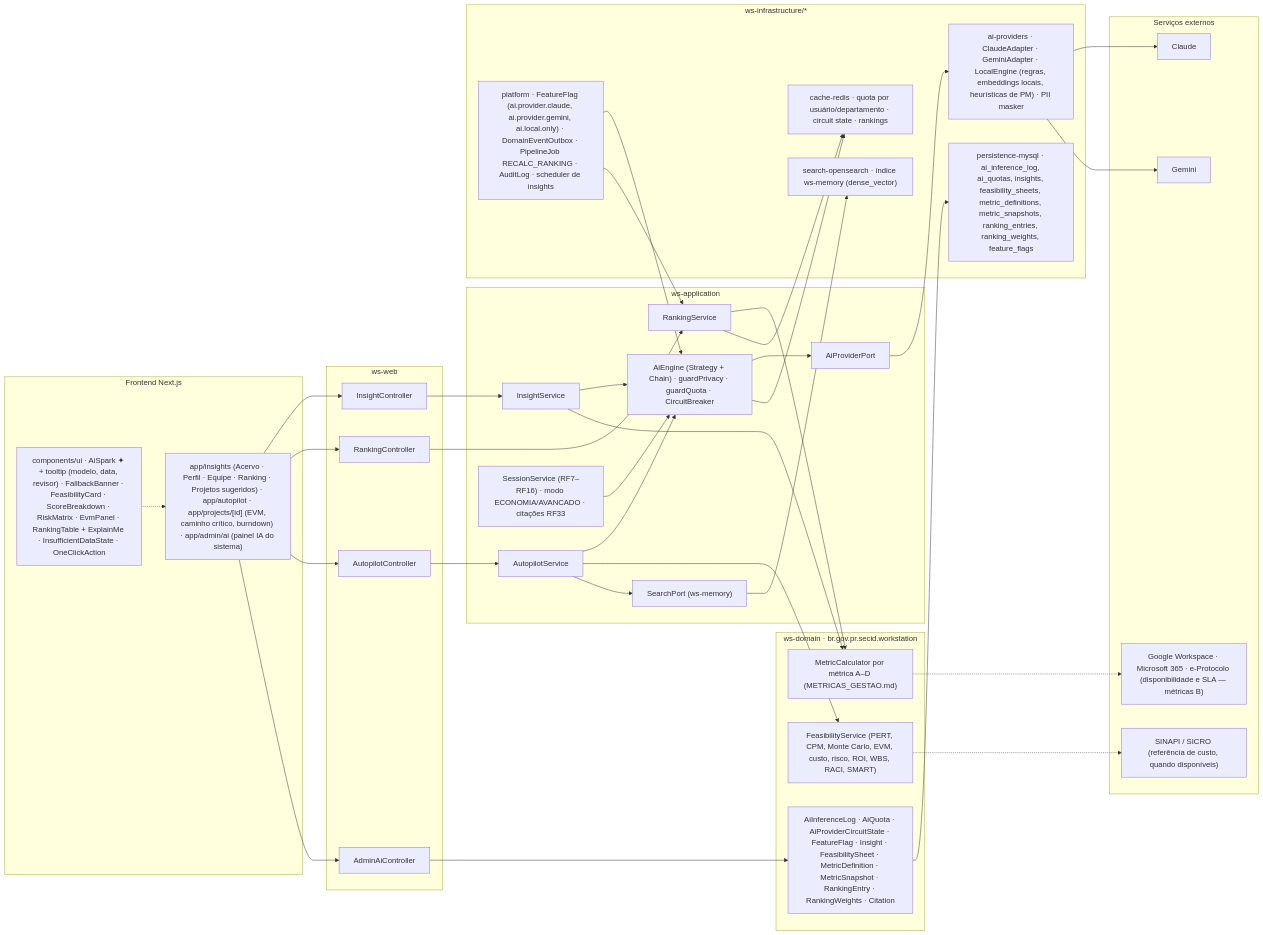
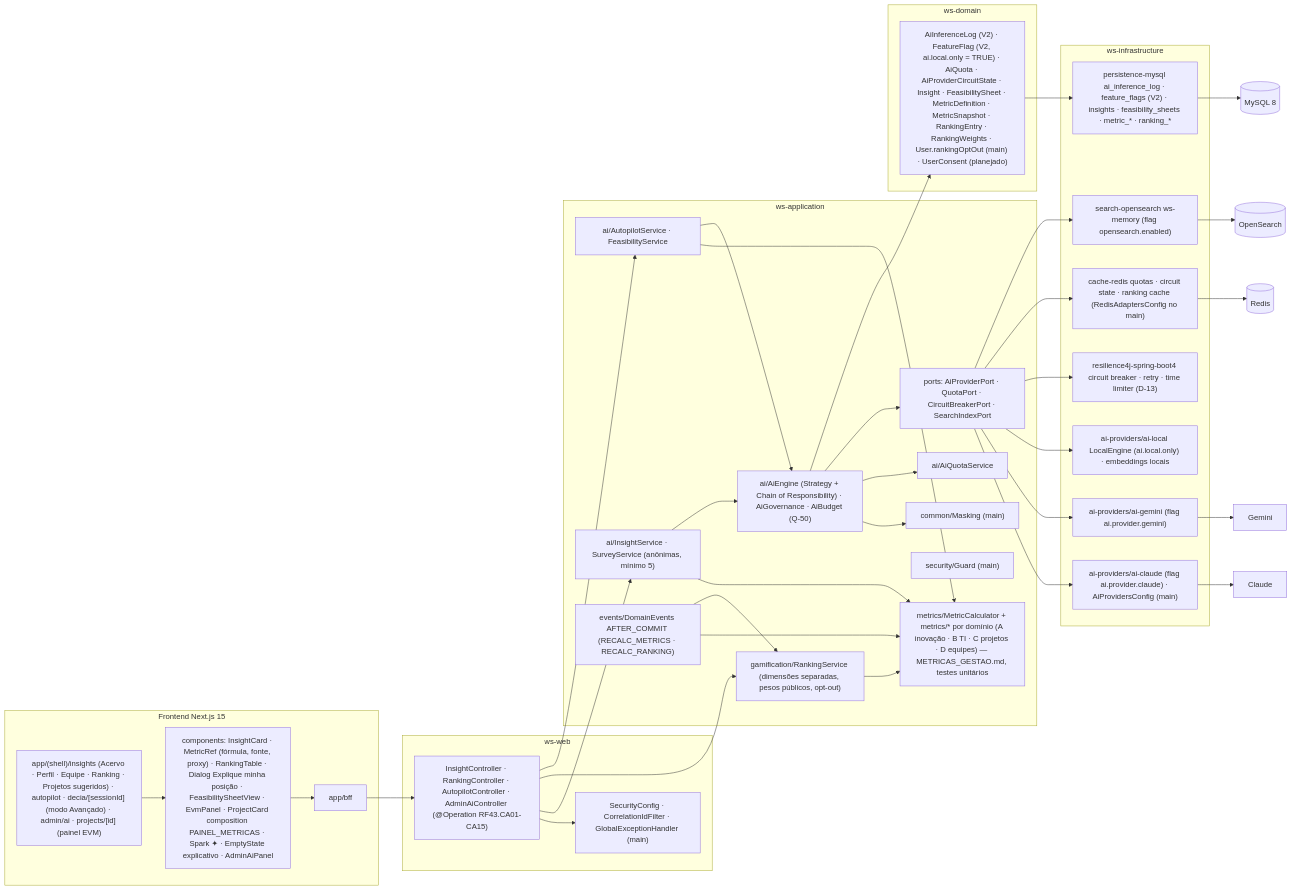
The fifth of 5 diagrams in docs/diagramas/RF43/README.md (MatheusHaliski/Decia-app-2026), drawn with Mermaid before and after one commit. The commit also changed other lines of this file and 4 other files, not shown here.

First line of the commit message:
docs(diagramas): reescreve RF42–RF46 (DECIA Points, IA do sistema, Tarefa do Dia, Hype do Perfil, mensageria e atribuição)

````diff
--- a/docs/diagramas/RF43/README.md
+++ b/docs/diagramas/RF43/README.md
@@ -636,74 +624,58 @@
 ```mermaid
 flowchart LR
-  subgraph FE["Frontend Next.js"]
-    FE1["app/insights (Acervo · Perfil · Equipe · Ranking · Projetos sugeridos) · app/autopilot · app/projects/[id] (EVM, caminho crítico, burndown) · app/admin/ai (painel IA do sistema)"]
-    FE2["components/ui · AiSpark ✦ + tooltip (modelo, data, revisor) · FallbackBanner · FeasibilityCard · ScoreBreakdown · RiskMatrix · EvmPanel · RankingTable + ExplainMe · InsufficientDataState · OneClickAction"]
+  subgraph FRONT["Frontend Next.js 15"]
+    R1["app/(shell)/insights (Acervo · Perfil · Equipe · Ranking · Projetos sugeridos) · autopilot · decia/[sessionId] (modo Avançado) · admin/ai · projects/[id] (painel EVM)"]
+    R2["components: InsightCard · MetricRef (fórmula, fonte, proxy) · RankingTable · Dialog Explique minha posição · FeasibilitySheetView · EvmPanel · ProjectCard composition PAINEL_METRICAS · Spark ✦ · EmptyState explicativo · AdminAiPanel"]
+    BFF["app/bff"]
+    R1 --> R2 --> BFF
   end
-
   subgraph WEB["ws-web"]
-    C1["InsightController"]
-    C2["RankingController"]
-    C3["AutopilotController"]
-    C4["AdminAiController"]
+    CTRL["InsightController · RankingController · AutopilotController · AdminAiController (@Operation RF43.CA01-CA15)"]
+    SEC["SecurityConfig · CorrelationIdFilter · GlobalExceptionHandler (main)"]
   end
-
-  subgraph APP["ws-application"]
-    S1["AiEngine (Strategy + Chain) · guardPrivacy · guardQuota · CircuitBreaker"]
-    S2["InsightService"]
-    S3["RankingService"]
-    S4["AutopilotService"]
-    S5["SessionService (RF7–RF16) · modo ECONOMIA/AVANCADO · citações RF33"]
-    P1["AiProviderPort"]
-    P2["SearchPort (ws-memory)"]
+  subgraph APPL["ws-application"]
+    AIE["ai/AiEngine (Strategy + Chain of Responsibility) · AiGovernance · AiBudget (Q-50)"]
+    MSK["common/Masking (main)"]
+    MC["metrics/MetricCalculator + metrics/* por domínio (A inovação · B TI · C projetos · D equipes) — METRICAS_GESTAO.md, testes unitários"]
+    INS["ai/InsightService · SurveyService (anônimas, mínimo 5)"]
+    RK["gamification/RankingService (dimensões separadas, pesos públicos, opt-out)"]
+    AP["ai/AutopilotService · FeasibilityService"]
+    AQ["ai/AiQuotaService"]
+    GD["security/Guard (main)"]
+    DE["events/DomainEvents AFTER_COMMIT (RECALC_METRICS · RECALC_RANKING)"]
+    PORTS["ports: AiProviderPort · QuotaPort · CircuitBreakerPort · SearchIndexPort"]
   end
-
-  subgraph DOM["ws-domain · br.gov.pr.secid.workstation"]
-    D1["FeasibilityService (PERT, CPM, Monte Carlo, EVM, custo, risco, ROI, WBS, RACI, SMART)"]
-    D2["MetricCalculator por métrica A–D (METRICAS_GESTAO.md)"]
-    D3["AiInferenceLog · AiQuota · AiProviderCircuitState · FeatureFlag · Insight · FeasibilitySheet · MetricDefinition · MetricSnapshot · RankingEntry · RankingWeights · Citation"]
+  subgraph DOM["ws-domain"]
+    ENT["AiInferenceLog (V2) · FeatureFlag (V2, ai.local.only = TRUE) · AiQuota · AiProviderCircuitState · Insight · FeasibilitySheet · MetricDefinition · MetricSnapshot · RankingEntry · RankingWeights · User.rankingOptOut (main) · UserConsent (planejado)"]
   end
-
-  subgraph INFRA["ws-infrastructure/*"]
-    I1["ai-providers · ClaudeAdapter · GeminiAdapter · LocalEngine (regras, embeddings locais, heurísticas de PM) · PII masker"]
-    I2["cache-redis · quota por usuário/departamento · circuit state · rankings"]
-    I3["persistence-mysql · ai_inference_log, ai_quotas, insights, feasibility_sheets, metric_definitions, metric_snapshots, ranking_entries, ranking_weights, feature_flags"]
-    I4["search-opensearch · índice ws-memory (dense_vector)"]
-    I5["platform · FeatureFlag (ai.provider.claude, ai.provider.gemini, ai.local.only) · DomainEventOutbox · PipelineJob RECALC_RANKING · AuditLog · scheduler de insights"]
+  subgraph INFRA["ws-infrastructure"]
+    AIC["ai-providers/ai-claude (flag ai.provider.claude) · AiProvidersConfig (main)"]
+    AIG["ai-providers/ai-gemini (flag ai.provider.gemini)"]
+    AIL["ai-providers/ai-local LocalEngine (ai.local.only) · embeddings locais"]
+    R4J["resilience4j-spring-boot4 circuit breaker · retry · time limiter (D-13)"]
+    RD["cache-redis quotas · circuit state · ranking cache (RedisAdaptersConfig no main)"]
+    OSA["search-opensearch ws-memory (flag opensearch.enabled)"]
+    MY["persistence-mysql ai_inference_log · feature_flags (V2) · insights · feasibility_sheets · metric_* · ranking_*"]
   end
-
-  subgraph EXT["Serviços externos"]
-    X1["Claude"]
-    X2["Gemini"]
-    X3["Google Workspace · Microsoft 365 · e-Protocolo (disponibilidade e SLA — métricas B)"]
-    X4["SINAPI / SICRO (referência de custo, quando disponíveis)"]
-  end
-
-  FE1 --> C1
-  FE1 --> C2
-  FE1 --> C3
-  FE1 --> C4
-  FE2 -.-> FE1
-  C1 --> S2
-  C2 --> S3
-  C3 --> S4
-  C4 --> D3
-  S2 --> S1
-  S3 --> D2
-  S4 --> S1
-  S4 --> D1
-  S5 --> S1
-  S2 --> D2
-  S1 --> P1
-  S4 --> P2
-  P1 --> I1
-  I1 --> X1
-  I1 --> X2
-  S1 --> I2
-  S3 --> I2
-  D3 --> I3
-  P2 --> I4
-  I5 --> S1
-  I5 --> S3
-  D2 -.-> X3
-  D1 -.-> X4
+  BFF --> CTRL --> SEC
+  CTRL --> INS
+  CTRL --> RK
+  CTRL --> AP
+  INS --> MC
+  RK --> MC
+  AP --> MC
+  INS --> AIE
+  AP --> AIE
+  AIE --> MSK
+  AIE --> AQ
+  AIE --> PORTS
+  DE --> MC
+  DE --> RK
+  AIE --> ENT --> MY --> MYSQL[("MySQL 8")]
+  PORTS --> AIC --> CLAUDE["Claude"]
+  PORTS --> AIG --> GEM["Gemini"]
+  PORTS --> AIL
+  PORTS --> R4J
+  PORTS --> RD --> REDIS[("Redis")]
+  PORTS --> OSA --> OPENS[("OpenSearch")]
 ```
````
